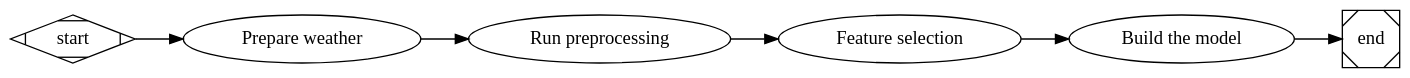
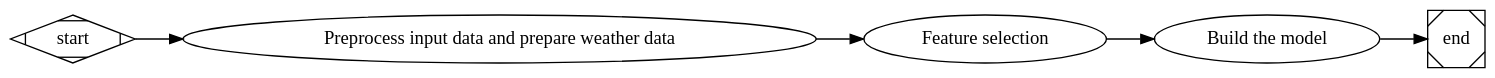
The first of 2 diagrams in docs/index.rst (canmet-energy/btap_ml), drawn with Graphviz before and after one commit. The commit also changed other lines of this file and 8 other files, not shown here.

```diff
--- a/docs/index.rst
+++ b/docs/index.rst
@@ -22,16 +22,15 @@
 .. graphviz::
    :name: Training a model
 
    digraph G {
       bgcolor=transparent;
       rankdir=LR;
 
-      start -> weather -> preprocess -> features -> build -> end;
+      start -> preprocess -> features -> build -> end;
 
       start [shape=Mdiamond];
-      weather [label="Prepare weather"];
-      preprocess [label="Run preprocessing"];
+      preprocess [label="Preprocess input data and prepare weather data"];
       features [label="Feature selection"];
       build [label="Build the model"];
       end [shape=Msquare];
     }
```
